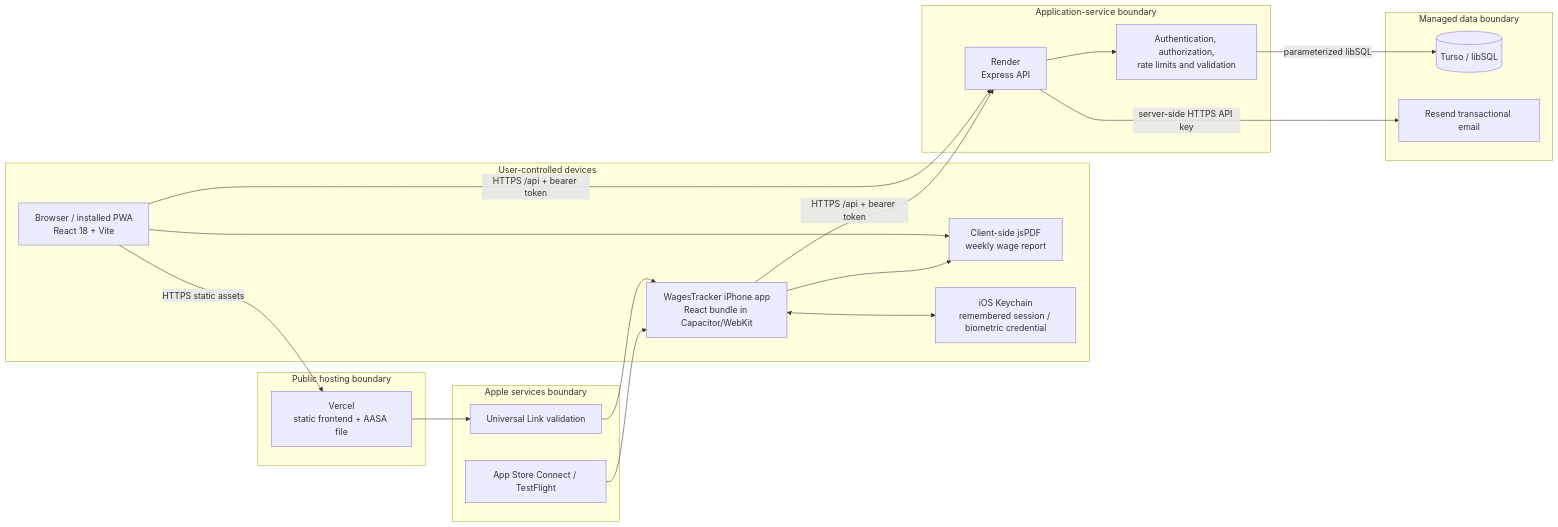
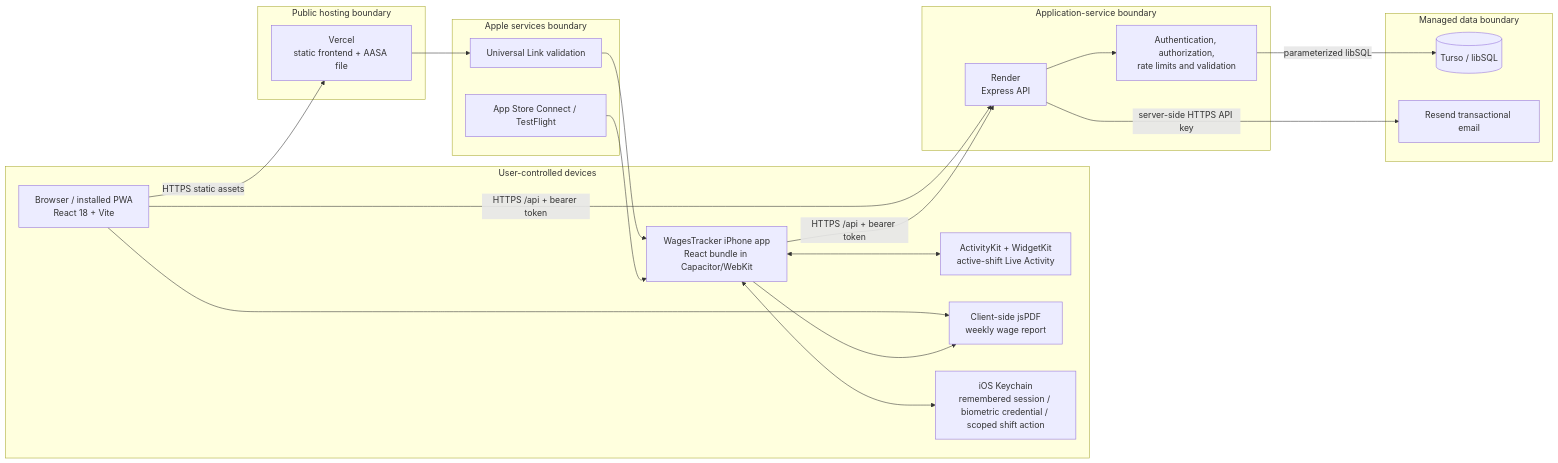
The first of 4 diagrams in docs/architecture.md (Ezaz-Ahmad/WagesTracker), drawn with Mermaid before and after one commit. The commit also changed other lines of this file and 36 other files, not shown here.

Commit message:
feat: add native active shift live activity

````diff
--- a/docs/architecture.md
+++ b/docs/architecture.md
@@ -11,41 +11,43 @@
 ```mermaid
 flowchart LR
   subgraph U["User-controlled devices"]
     WEB["Browser / installed PWA\nReact 18 + Vite"]
     IOS["WagesTracker iPhone app\nReact bundle in Capacitor/WebKit"]
+    LIVE["ActivityKit + WidgetKit\nactive-shift Live Activity"]
     PDF["Client-side jsPDF\nweekly wage report"]
-    KEYCHAIN["iOS Keychain\nremembered session / biometric credential"]
+    KEYCHAIN["iOS Keychain\nremembered session / biometric credential / scoped shift action"]
   end
 
   subgraph EDGE["Public hosting boundary"]
     VERCEL["Vercel\nstatic frontend + AASA file"]
   end
 
   subgraph APIB["Application-service boundary"]
     RENDER["Render\nExpress API"]
     AUTH["Authentication, authorization,\nrate limits and validation"]
   end
 
   subgraph DATA["Managed data boundary"]
     TURSO[("Turso / libSQL")]
     RESEND["Resend transactional email"]
   end
 
   subgraph APPLE["Apple services boundary"]
     AASA["Universal Link validation"]
     ASC["App Store Connect / TestFlight"]
   end
 
   WEB -->|"HTTPS static assets"| VERCEL
   WEB -->|"HTTPS /api + bearer token"| RENDER
   IOS -->|"HTTPS /api + bearer token"| RENDER
   RENDER --> AUTH
   AUTH -->|"parameterized libSQL"| TURSO
   RENDER -->|"server-side HTTPS API key"| RESEND
   WEB --> PDF
   IOS --> PDF
+  IOS <--> LIVE
   IOS <--> KEYCHAIN
   VERCEL --> AASA
   AASA --> IOS
   ASC --> IOS
 ```
````
